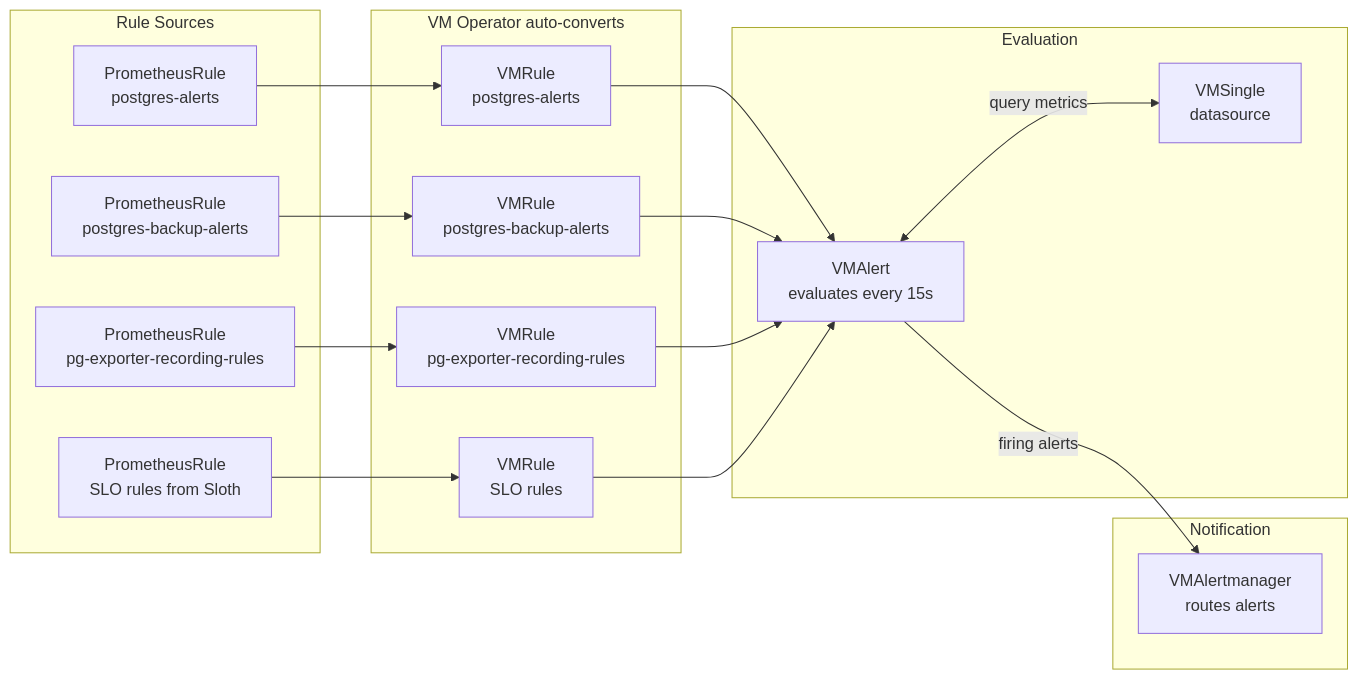
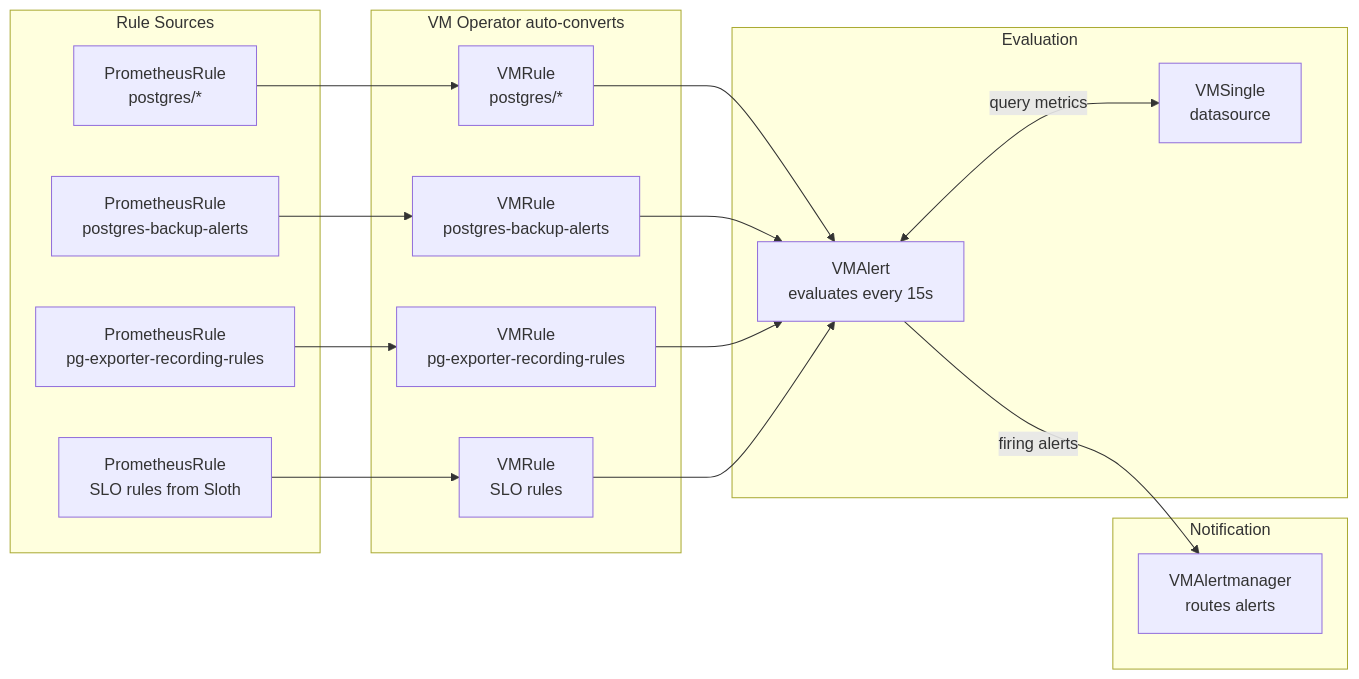
The fifth of 6 diagrams in docs/observability/metrics/victoriametrics.md (duynhlab/homelab), drawn with Mermaid before and after one commit. The commit also changed other lines of this file and 131 other files, not shown here.

````diff
--- a/docs/observability/metrics/victoriametrics.md
+++ b/docs/observability/metrics/victoriametrics.md
@@ -497,38 +497,38 @@
 ```mermaid
 flowchart LR
     subgraph rules ["Rule Sources"]
-        PR1["PrometheusRule<br/>postgres-alerts"]
+        PR1["PrometheusRule<br/>postgres/*"]
         PR2["PrometheusRule<br/>postgres-backup-alerts"]
         PR3["PrometheusRule<br/>pg-exporter-recording-rules"]
         SlothPR["PrometheusRule<br/>SLO rules from Sloth"]
     end
 
     subgraph autoConv2 ["VM Operator auto-converts"]
-        VMR1["VMRule<br/>postgres-alerts"]
+        VMR1["VMRule<br/>postgres/*"]
         VMR2["VMRule<br/>postgres-backup-alerts"]
         VMR3["VMRule<br/>pg-exporter-recording-rules"]
         VMR4["VMRule<br/>SLO rules"]
     end
 
     subgraph eval ["Evaluation"]
         VMAlert_f["VMAlert<br/>evaluates every 15s"]
         VMSingle_f2["VMSingle<br/>datasource"]
     end
 
     subgraph notify ["Notification"]
         VMAMgr_f["VMAlertmanager<br/>routes alerts"]
     end
 
     PR1 --> VMR1
     PR2 --> VMR2
     PR3 --> VMR3
     SlothPR --> VMR4
 
     VMR1 --> VMAlert_f
     VMR2 --> VMAlert_f
     VMR3 --> VMAlert_f
     VMR4 --> VMAlert_f
 
     VMAlert_f <-->|"query metrics"| VMSingle_f2
     VMAlert_f -->|"firing alerts"| VMAMgr_f
 ```
````
